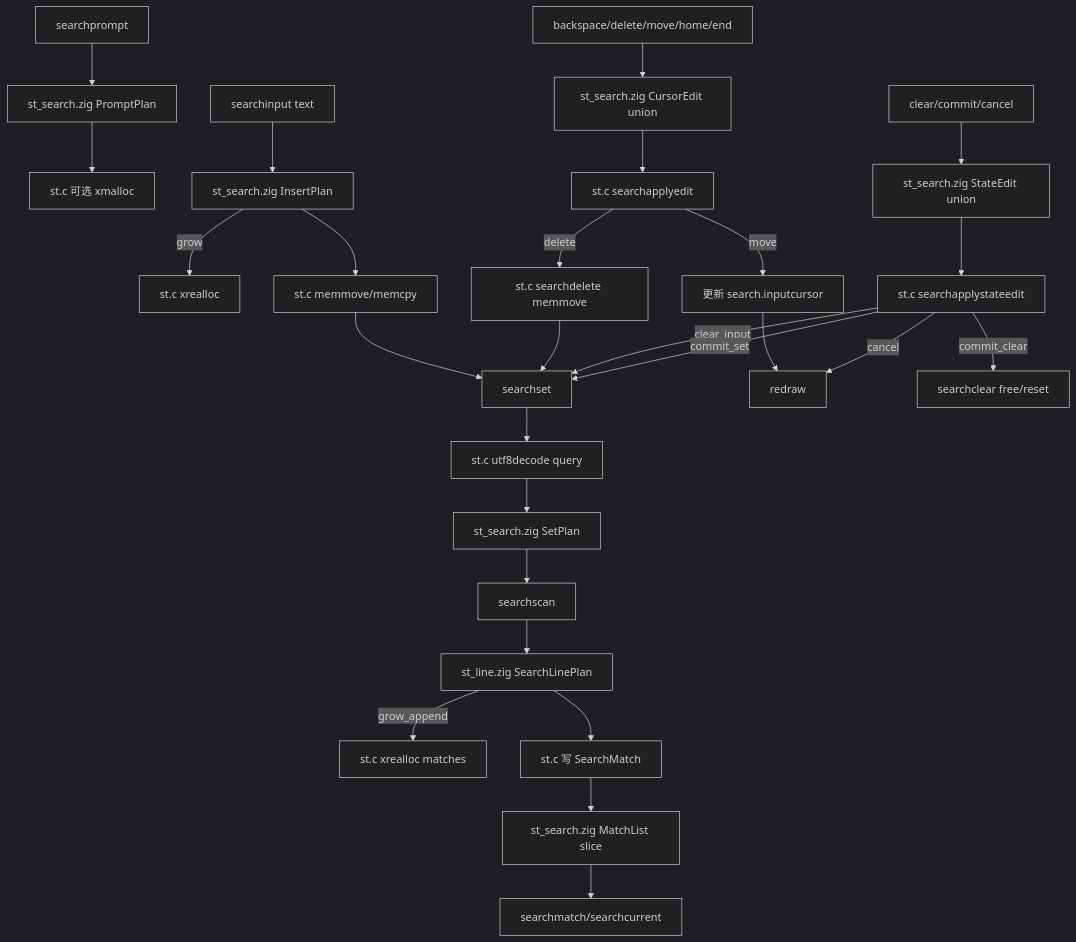
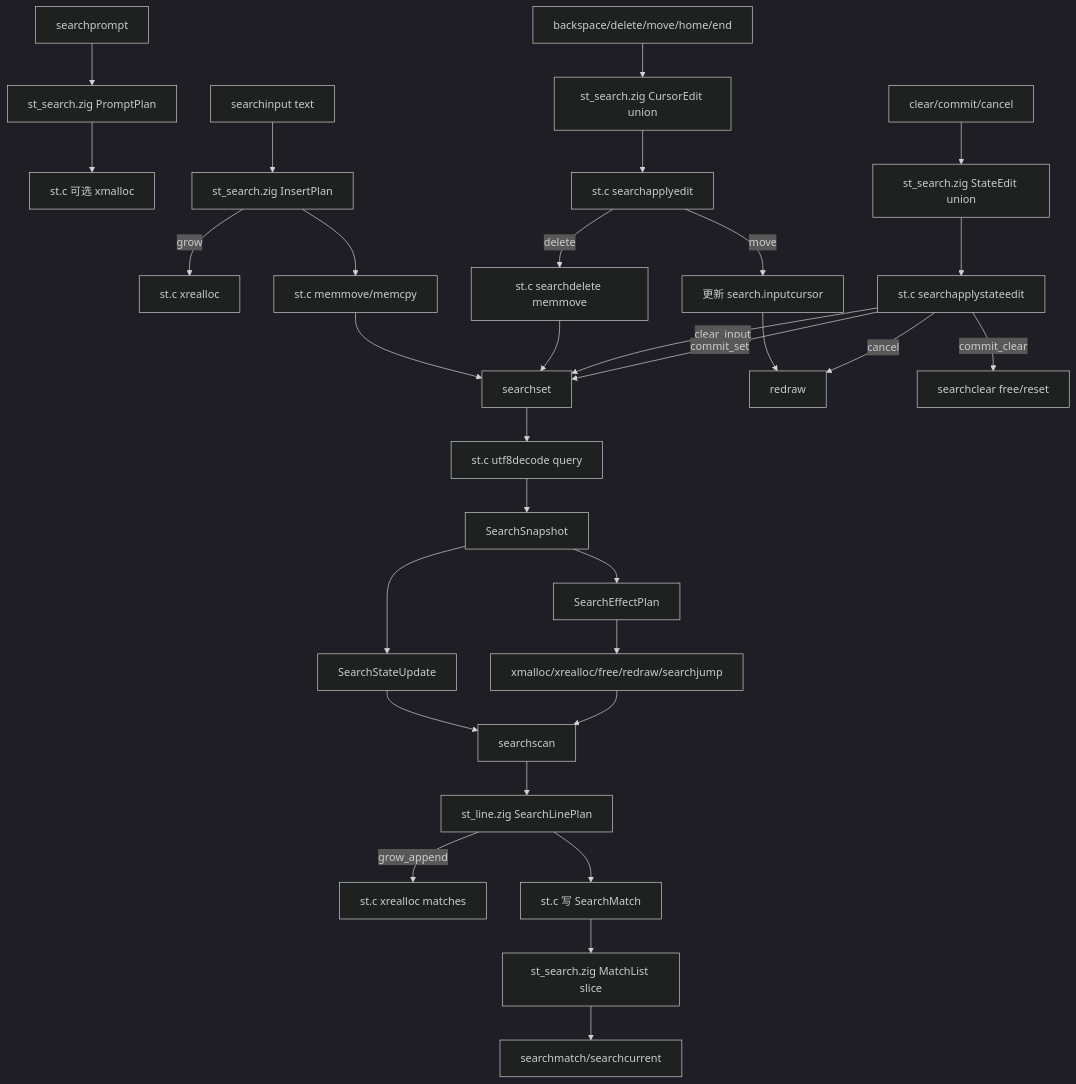
One commit to zdzDesigner/st changed the fifth of 9 diagrams in docs/architecture-flow.md. Above: the diagram before and after it, drawn with Mermaid (dark theme). The commit also changed other lines of this file and 8 other files, not shown here.

````diff
--- a/docs/architecture-flow.md
+++ b/docs/architecture-flow.md
@@ -108,33 +110,37 @@
 ```mermaid
 flowchart TD
     Prompt[searchprompt] --> PromptPlan[st_search.zig PromptPlan]
     PromptPlan --> CAlloc[st.c 可选 xmalloc]
 
     Input[searchinput text] --> InsertPlan[st_search.zig InsertPlan]
     InsertPlan -->|grow| CRealloc[st.c xrealloc]
     InsertPlan --> CMove[st.c memmove/memcpy]
     CMove --> SearchSet[searchset]
 
     CursorKeys[backspace/delete/move/home/end] --> CursorEdit[st_search.zig CursorEdit union]
     CursorEdit --> ApplyEdit[st.c searchapplyedit]
     ApplyEdit -->|delete| CDelete[st.c searchdelete memmove]
     ApplyEdit -->|move| CCursor[更新 search.inputcursor]
     CDelete --> SearchSet
     CCursor --> Redraw[redraw]
 
     StateKeys[clear/commit/cancel] --> StateEdit[st_search.zig StateEdit union]
     StateEdit --> ApplyState[st.c searchapplystateedit]
     ApplyState -->|clear_input| SearchSet
     ApplyState -->|commit_set| SearchSet
     ApplyState -->|commit_clear| SearchClear[searchclear free/reset]
     ApplyState -->|cancel| Redraw
 
     SearchSet --> DecodeQuery[st.c utf8decode query]
-    DecodeQuery --> SetPlan[st_search.zig SetPlan]
-    SetPlan --> Scan[searchscan]
+    DecodeQuery --> Snapshot[SearchSnapshot]
+    Snapshot --> Update[SearchStateUpdate]
+    Snapshot --> Effect[SearchEffectPlan]
+    Update --> Scan[searchscan]
+    Effect --> CEffects[xmalloc/xrealloc/free/redraw/searchjump]
+    CEffects --> Scan
     Scan --> LinePlan[st_line.zig SearchLinePlan]
     LinePlan -->|grow_append| MatchRealloc[st.c xrealloc matches]
     LinePlan --> MatchWrite[st.c 写 SearchMatch]
     MatchWrite --> MatchList[st_search.zig MatchList slice]
     MatchList --> DrawHit[searchmatch/searchcurrent]
 ```
````
